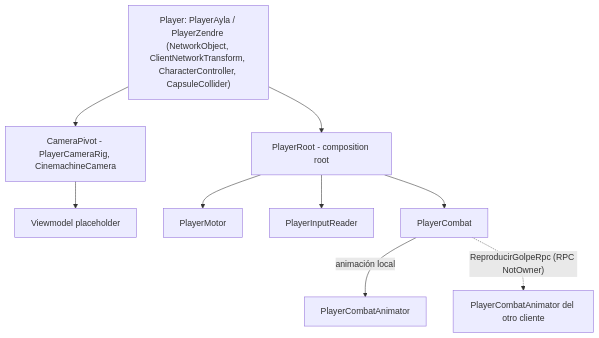
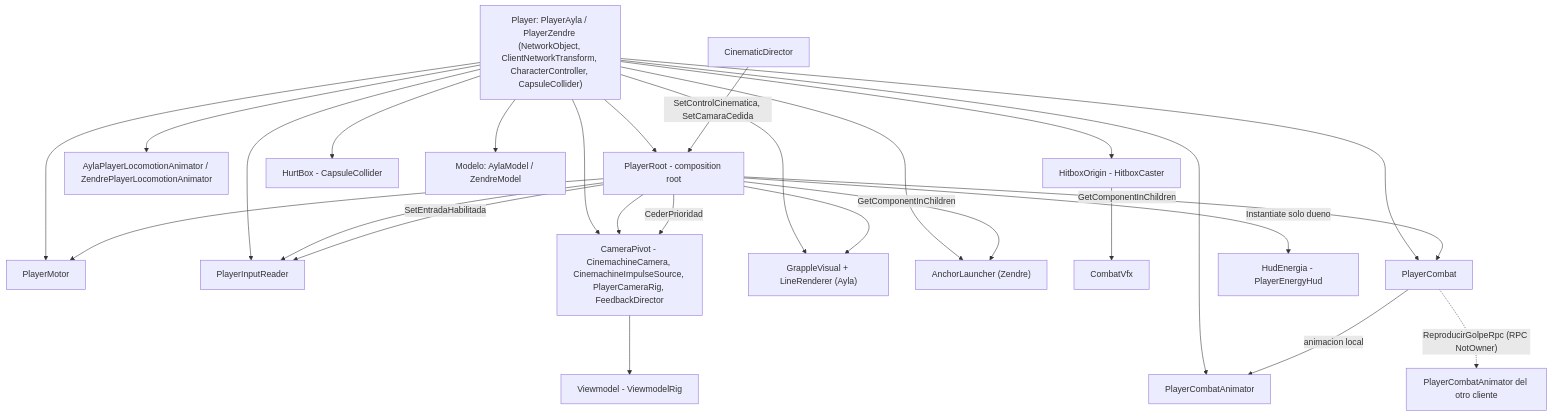
The diagram in docs/diagrams/player-prefab.mermaid (VicBojoDev10/DeathOfMeaningRepo), drawn with Mermaid before and after one commit. The commit also changed 7 other files, not shown here.

Commit message:
doc: update mermaid diagrams to match current code

```diff
--- a/docs/diagrams/player-prefab.mermaid
+++ b/docs/diagrams/player-prefab.mermaid
@@ -1,10 +1,28 @@
 flowchart TD
     Player["Player: PlayerAyla / PlayerZendre (NetworkObject, ClientNetworkTransform, CharacterController, CapsuleCollider)"]
     Player --> Root[PlayerRoot - composition root]
-    Player --> Pivot[CameraPivot - PlayerCameraRig, CinemachineCamera]
-    Pivot --> VM[Viewmodel placeholder]
-    Root --> Motor[PlayerMotor]
-    Root --> Reader[PlayerInputReader]
-    Root --> Combat[PlayerCombat]
-    Combat -->|animación local| AnimLocal[PlayerCombatAnimator]
+    Player --> Motor[PlayerMotor]
+    Player --> Reader[PlayerInputReader]
+    Player --> Combat[PlayerCombat]
+    Player --> CombatAnim[PlayerCombatAnimator]
+    Player --> LocoAnim["AylaPlayerLocomotionAnimator / ZendrePlayerLocomotionAnimator"]
+    Player --> Grapple["GrappleVisual + LineRenderer (Ayla)"]
+    Player --> Anchor["AnchorLauncher (Zendre)"]
+    Player --> HitboxOrigin["HitboxOrigin - HitboxCaster"]
+    HitboxOrigin --> Vfx[CombatVfx]
+    Player --> HurtBox["HurtBox - CapsuleCollider"]
+    Player --> Pivot["CameraPivot - CinemachineCamera, CinemachineImpulseSource, PlayerCameraRig, FeedbackDirector"]
+    Pivot --> VM["Viewmodel - ViewmodelRig"]
+    Player --> Modelo["Modelo: AylaModel / ZendreModel"]
+    Root --> Motor
+    Root --> Reader
+    Root --> Pivot
+    Root --> Grapple
+    Root -->|GetComponentInChildren| Combat
+    Root -->|GetComponentInChildren| Anchor
+    Root -->|"Instantiate solo dueno"| Hud["HudEnergia - PlayerEnergyHud"]
+    Combat -->|animacion local| CombatAnim
     Combat -.->|"ReproducirGolpeRpc (RPC NotOwner)"| AnimRemoto["PlayerCombatAnimator del otro cliente"]
+    Cinematic[CinematicDirector] -->|"SetControlCinematica, SetCamaraCedida"| Root
+    Root -->|SetEntradaHabilitada| Reader
+    Root -->|CederPrioridad| Pivot
```
